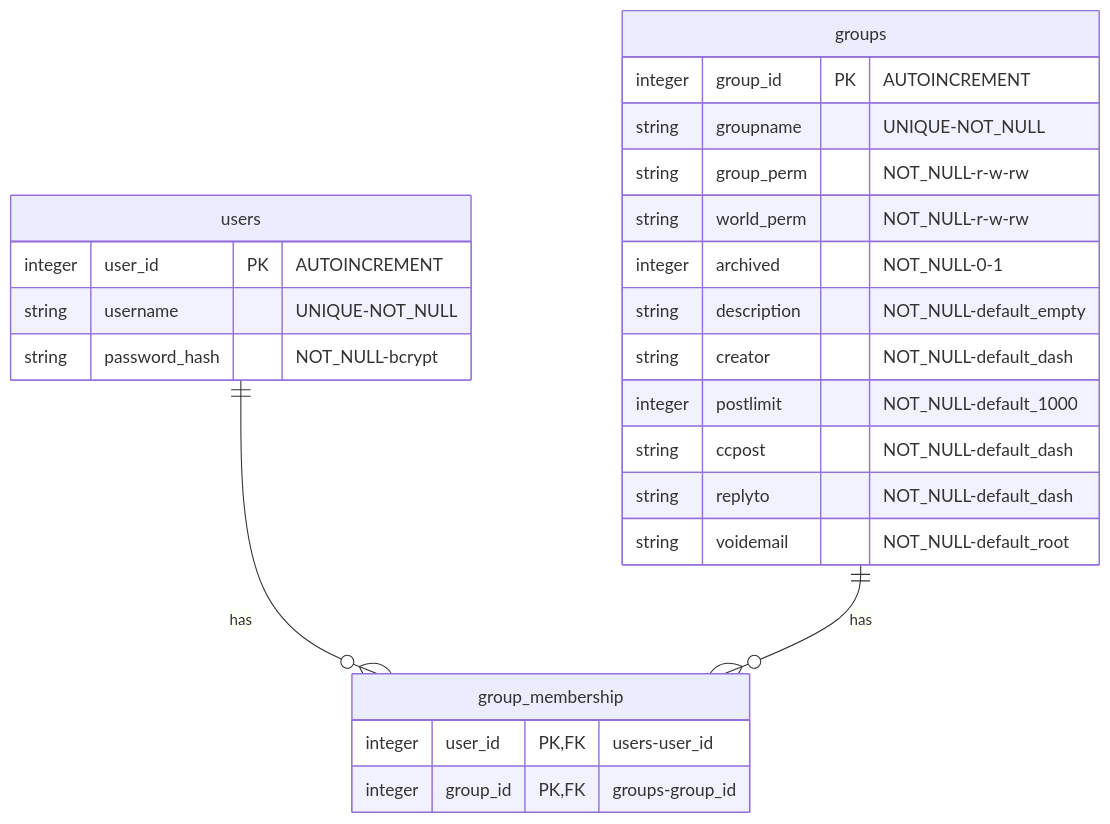
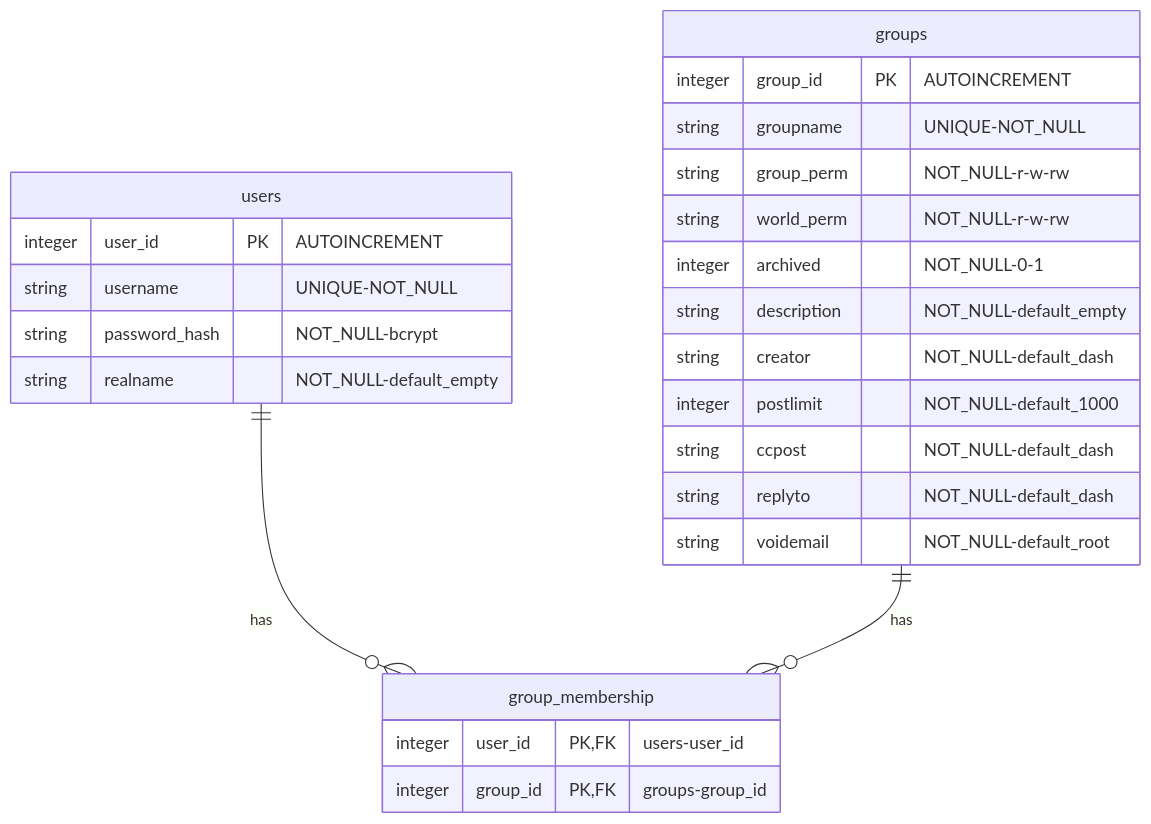
One commit to runableapp/gonewsd changed the diagram in manuals/ACL_DB.md. Above: the diagram before and after it, drawn with Mermaid. The commit also changed other lines of this file and 13 other files, not shown here.

````diff
--- a/manuals/ACL_DB.md
+++ b/manuals/ACL_DB.md
@@ -8,30 +8,31 @@
 ```mermaid
 erDiagram
   users {
     integer user_id PK "AUTOINCREMENT"
     string username "UNIQUE-NOT_NULL"
     string password_hash "NOT_NULL-bcrypt"
+    string realname "NOT_NULL-default_empty"
   }
 
   groups {
     integer group_id PK "AUTOINCREMENT"
     string groupname "UNIQUE-NOT_NULL"
     string group_perm "NOT_NULL-r-w-rw"
     string world_perm "NOT_NULL-r-w-rw"
     integer archived "NOT_NULL-0-1"
     string description "NOT_NULL-default_empty"
     string creator "NOT_NULL-default_dash"
     integer postlimit "NOT_NULL-default_1000"
     string ccpost "NOT_NULL-default_dash"
     string replyto "NOT_NULL-default_dash"
     string voidemail "NOT_NULL-default_root"
   }
 
   group_membership {
     integer user_id PK, FK "users-user_id"
     integer group_id PK, FK "groups-group_id"
   }
 
   users ||--o{ group_membership : has
   groups ||--o{ group_membership : has
 ```
````
